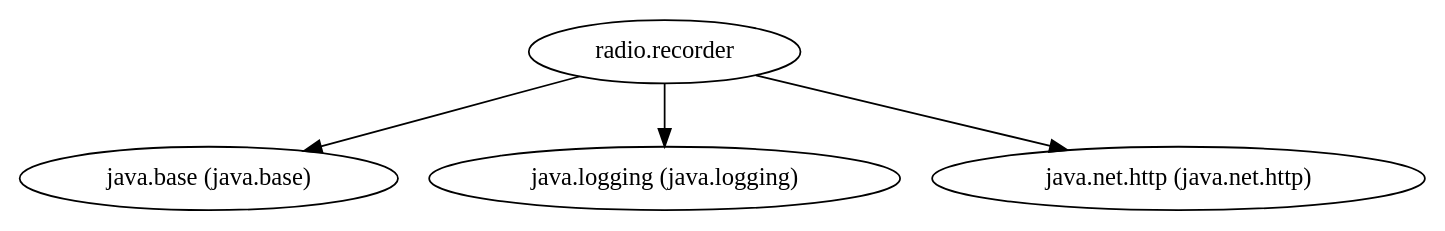
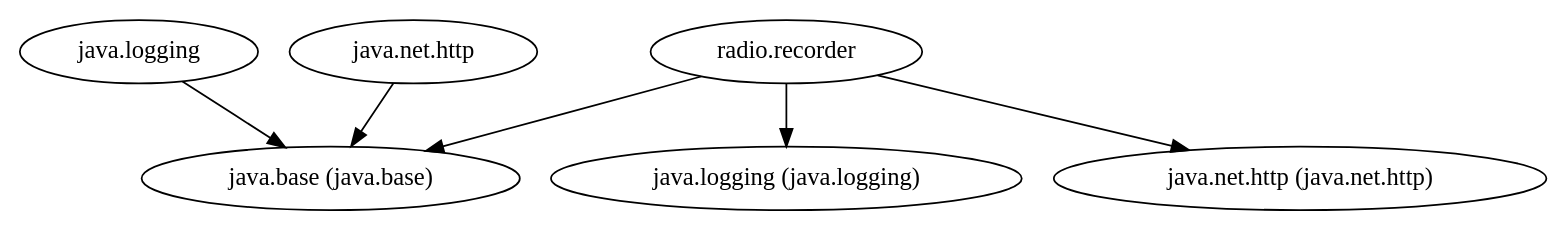
Before and after one commit to tasekida/radio-recorder: the diagram in doc/dot/summary.dot, drawn with Graphviz. The commit also changed 35 other files, not shown here.

```diff
--- a/doc/dot/summary.dot
+++ b/doc/dot/summary.dot
@@ -1,5 +1,7 @@
 digraph "summary" {
+  "java.logging"                                     -> "java.base (java.base)";
   "radio.recorder"                                   -> "java.base (java.base)";
   "radio.recorder"                                   -> "java.logging (java.logging)";
   "radio.recorder"                                   -> "java.net.http (java.net.http)";
+  "java.net.http"                                    -> "java.base (java.base)";
 }
```
